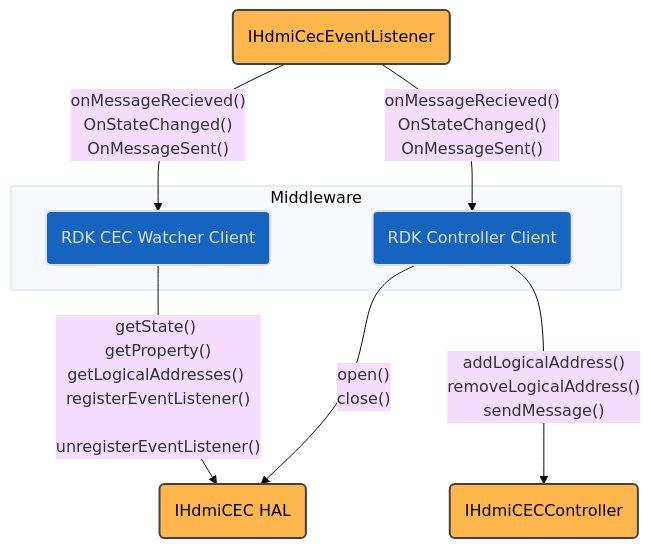
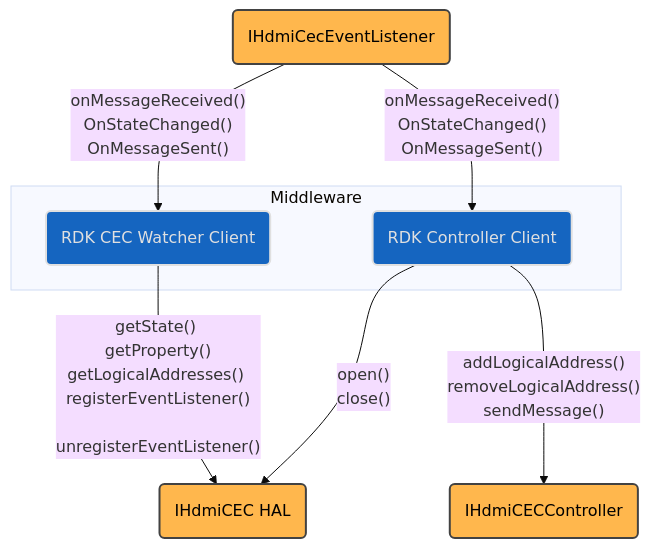
Before and after one commit to rdkcentral/rdk-halif-aidl: the first of 3 diagrams in docs/halif/hdmi_cec/current/hdmi_cec.md, drawn with Mermaid (base theme). The commit also changed 1 other file, not shown here.

Commit message:
typo corrections #140

````diff
--- a/docs/halif/hdmi_cec/current/hdmi_cec.md
+++ b/docs/halif/hdmi_cec/current/hdmi_cec.md
@@ -92,30 +92,30 @@
 ```mermaid
 flowchart TD
     subgraph TopRow[ Middleware ]
         CECControllerClient("RDK Controller Client")
         CECWatcherClient("RDK CEC Watcher Client")
     end
     IHdmiCEC("IHdmiCEC HAL")
     IHdmiCECController("IHdmiCECController")
     IHdmiCecEventListener("IHdmiCecEventListener")
 
     CECControllerClient -- open() </br> close() --> IHdmiCEC
     CECControllerClient -- addLogicalAddress() </br> removeLogicalAddress() </br> sendMessage() --> IHdmiCECController
     CECWatcherClient -- getState() <br> getProperty() <br> getLogicalAddresses()  <br> registerEventListener() <br> unregisterEventListener() --> IHdmiCEC
-    IHdmiCecEventListener -- onMessageRecieved() <br> OnStateChanged() <br> OnMessageSent() --> CECWatcherClient
-    IHdmiCecEventListener -- onMessageRecieved() <br> OnStateChanged() <br> OnMessageSent() --> CECControllerClient
+    IHdmiCecEventListener -- onMessageReceived() <br> OnStateChanged() <br> OnMessageSent() --> CECWatcherClient
+    IHdmiCecEventListener -- onMessageReceived() <br> OnStateChanged() <br> OnMessageSent() --> CECControllerClient
 
     %% Class assignments
     classDef background fill:#121212,stroke:none,color:#E0E0E0;
     classDef blue fill:#1565C0,stroke:#E0E0E0,stroke-width:2px,color:#E0E0E0;
     classDef lightGrey fill:#616161,stroke:#E0E0E0,stroke-width:2px,color:#FFFFFF;
     classDef wheat fill:#FFB74D,stroke:#424242,stroke-width:2px,color:#000000;
     classDef green fill:#4CAF50,stroke:#E0E0E0,stroke-width:2px,color:#FFFFFF;
     classDef default fill:#1E1E1E,stroke:#E0E0E0,stroke-width:1px,color:#E0E0E0;
 
     CECControllerClient:::blue
     CECWatcherClient:::blue
     IHdmiCEC:::wheat
     IHdmiCECController:::wheat
     IHdmiCecEventListener:::wheat
 ```
````
